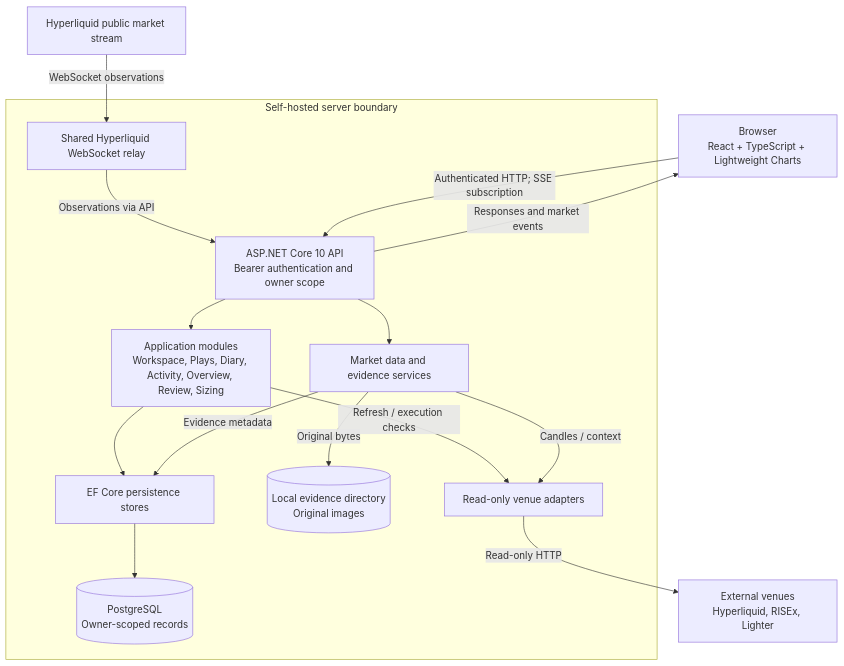
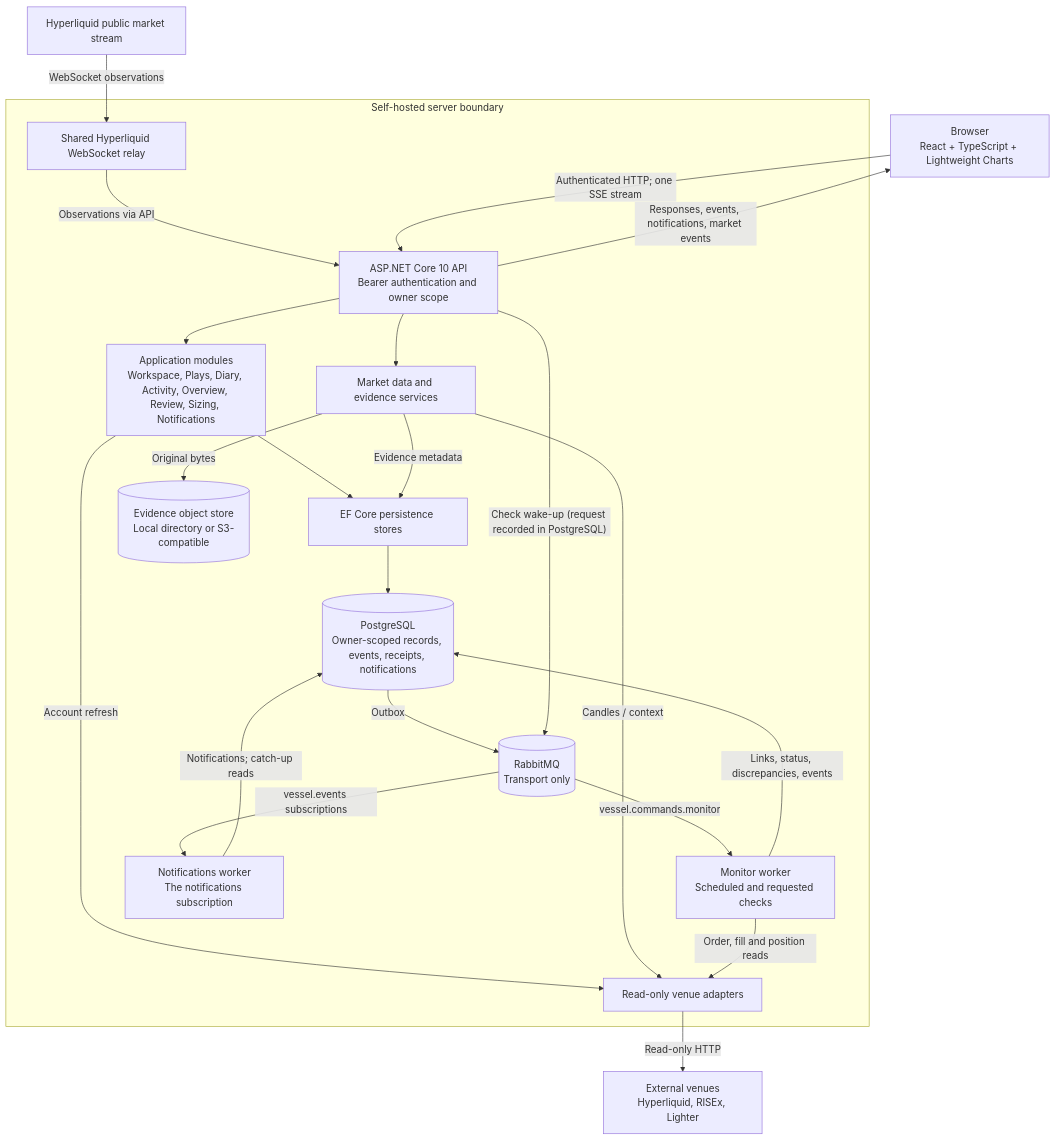
The second of 4 diagrams in docs/diagrams/app-status.md (jcarcaboso/vessel), drawn with Mermaid before and after one commit. The commit also changed other lines of this file and 14 other files, not shown here.

````diff
--- a/docs/diagrams/app-status.md
+++ b/docs/diagrams/app-status.md
@@ -34,27 +37,37 @@
 ```mermaid
 flowchart TD
     Browser["Browser<br/>React + TypeScript + Lightweight Charts"]
     subgraph Host["Self-hosted server boundary"]
         API["ASP.NET Core 10 API<br/>Bearer authentication and owner scope"]
-        Modules["Application modules<br/>Workspace, Plays, Diary, Activity, Overview, Review, Sizing"]
+        Modules["Application modules<br/>Workspace, Plays, Diary, Activity, Overview, Review, Sizing, Notifications"]
         Market["Market data and evidence services"]
         Stores["EF Core persistence stores"]
-        DB[("PostgreSQL<br/>Owner-scoped records")]
-        Images[("Local evidence directory<br/>Original images")]
+        DB[("PostgreSQL<br/>Owner-scoped records, events, receipts, notifications")]
+        Images[("Evidence object store<br/>Local directory or S3-compatible")]
         Adapters["Read-only venue adapters"]
         Relay["Shared Hyperliquid WebSocket relay"]
+        Monitor["Monitor worker<br/>Scheduled and requested checks"]
+        Hub["Notifications worker<br/>The notifications subscription"]
+        Broker[("RabbitMQ<br/>Transport only")]
         API --> Modules
         API --> Market
         Modules --> Stores
         Market -->|"Evidence metadata"| Stores
         Stores --> DB
         Market -->|"Original bytes"| Images
-        Modules -->|"Refresh / execution checks"| Adapters
+        Modules -->|"Account refresh"| Adapters
         Market -->|"Candles / context"| Adapters
         Relay -->|"Observations via API"| API
+        Monitor -->|"Order, fill and position reads"| Adapters
+        Monitor -->|"Links, status, discrepancies, events"| DB
+        DB -->|"Outbox"| Broker
+        Broker -->|"vessel.events subscriptions"| Hub
+        Hub -->|"Notifications; catch-up reads"| DB
+        API -->|"Check wake-up (request recorded in PostgreSQL)"| Broker
+        Broker -->|"vessel.commands.monitor"| Monitor
     end
-    Browser -->|"Authenticated HTTP; SSE subscription"| API
-    API -->|"Responses and market events"| Browser
+    Browser -->|"Authenticated HTTP; one SSE stream"| API
+    API -->|"Responses, events, notifications, market events"| Browser
     Adapters -->|"Read-only HTTP"| Venues["External venues<br/>Hyperliquid, RISEx, Lighter"]
     HL["Hyperliquid public market stream"] -->|"WebSocket observations"| Relay
 ```
````
